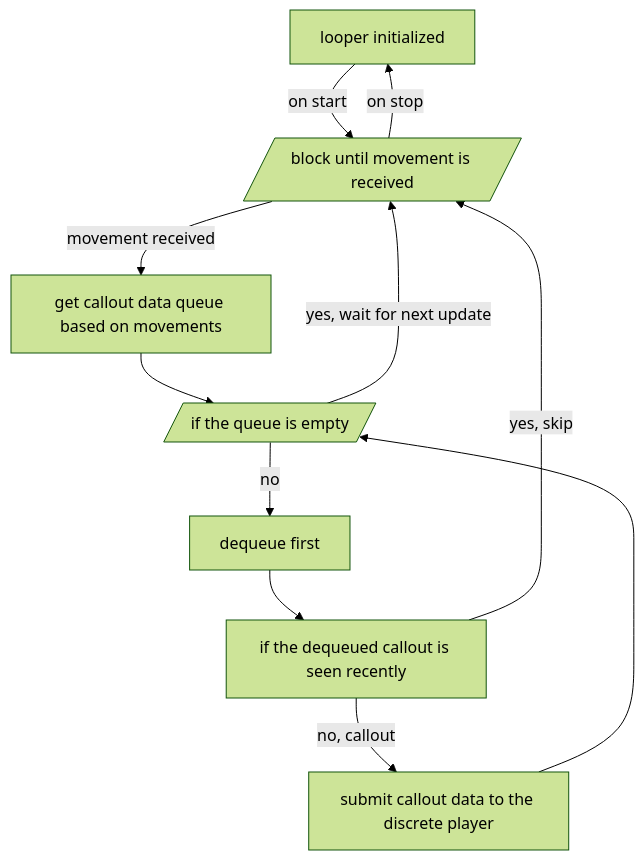
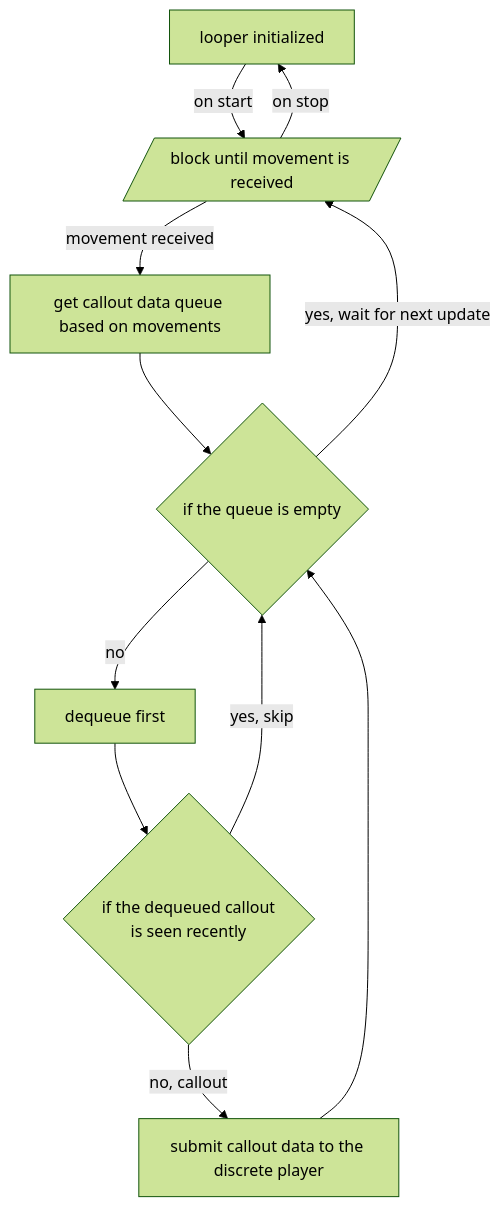
The fifth of 5 diagrams in projects/toys/soundscape/index.md (FlickerSoul/universe.observer), drawn with Mermaid (forest theme) before and after one commit.

Commit message:
fix: chart correctness

````diff
--- a/projects/toys/soundscape/index.md
+++ b/projects/toys/soundscape/index.md
@@ -189,14 +189,15 @@
 ```mermaid
 flowchart
   looper_initialized[looper initialized] -->|on start| loop_cond
   loop_cond[/block until movement is received/]
   loop_cond -->|movement received| get_callouts[get callout data queue based on movements]
-  get_callouts --> queue_empty[/if the queue is empty/]
+  get_callouts --> queue_empty{if the queue is empty}
   queue_empty -->|yes, wait for next update| loop_cond
   queue_empty -->|no| dequeue[dequeue first]
-  dequeue --> dup_cond[if the dequeued callout is seen recently]
-  dup_cond -->|yes, skip| loop_cond
+  dequeue --> dup_cond{"if the dequeued callout 
+  is seen recently"}
+  dup_cond -->|yes, skip| queue_empty
   dup_cond -->|no, callout| callout[submit callout data to the discrete player]
   callout --> queue_empty
   loop_cond -->|on stop| looper_initialized
 ```
````
